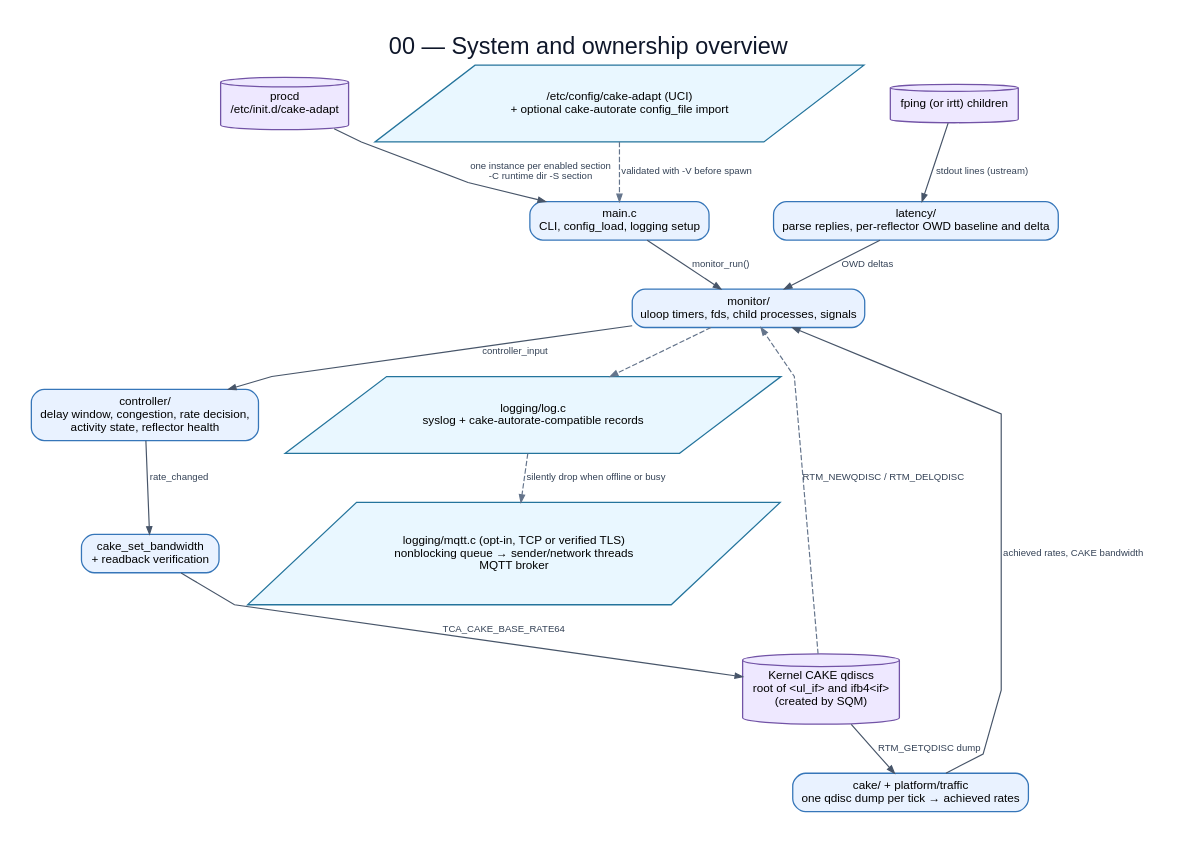
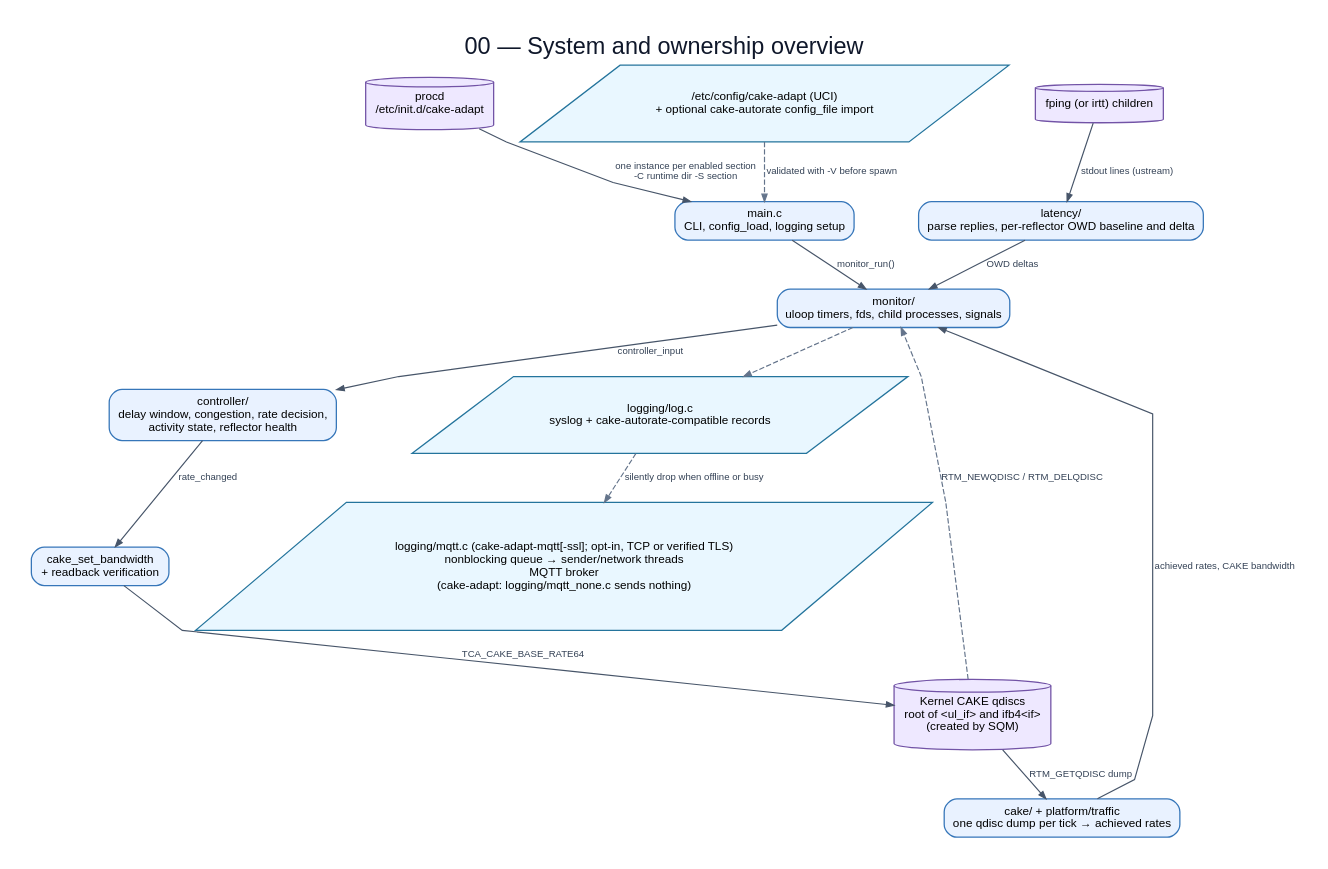
Before and after one commit to huydoan94/cake-adapt: the diagram in flowchart/diagrams/00-system-overview.dot, drawn with Graphviz. The commit also changed 10 other files, not shown here.

```diff
--- a/flowchart/diagrams/00-system-overview.dot
+++ b/flowchart/diagrams/00-system-overview.dot
@@ -1,30 +1,30 @@
 digraph G {
   graph [rankdir=TB,bgcolor="white",pad="0.30",nodesep="0.35",ranksep="0.48",splines=polyline,fontname="Arial",label="00 — System and ownership overview",labelloc=t,fontsize=22,fontcolor="#0f172a"];
   node [fontname="Arial",fontsize=11,margin="0.14,0.09",penwidth=1.2];
   edge [fontname="Arial",fontsize=9,color="#475569",fontcolor="#334155",arrowsize=0.7,penwidth=1.1];
   procd [label="procd\n/etc/init.d/cake-adapt",shape=cylinder,style="filled",fillcolor="#eee8ff",color="#7253a6"];
   uci [label="/etc/config/cake-adapt (UCI)\n+ optional cake-autorate config_file import",shape=parallelogram,style="filled",fillcolor="#e9f7ff",color="#24749c"];
   main [label="main.c\nCLI, config_load, logging setup",shape=box,style="rounded,filled",fillcolor="#e9f2ff",color="#3676b9"];
   loop [label="monitor/\nuloop timers, fds, child processes, signals",shape=box,style="rounded,filled",fillcolor="#e9f2ff",color="#3676b9"];
   pinger [label="fping (or irtt) children",shape=cylinder,style="filled",fillcolor="#eee8ff",color="#7253a6"];
   latency [label="latency/\nparse replies, per-reflector OWD baseline and delta",shape=box,style="rounded,filled",fillcolor="#e9f2ff",color="#3676b9"];
   observe [label="cake/ + platform/traffic\none qdisc dump per tick → achieved rates",shape=box,style="rounded,filled",fillcolor="#e9f2ff",color="#3676b9"];
   controller [label="controller/\ndelay window, congestion, rate decision,\nactivity state, reflector health",shape=box,style="rounded,filled",fillcolor="#e9f2ff",color="#3676b9"];
   apply [label="cake_set_bandwidth\n+ readback verification",shape=box,style="rounded,filled",fillcolor="#e9f2ff",color="#3676b9"];
   kernel [label="Kernel CAKE qdiscs\nroot of <ul_if> and ifb4<if>\n(created by SQM)",shape=cylinder,style="filled",fillcolor="#eee8ff",color="#7253a6"];
   log [label="logging/log.c\nsyslog + cake-autorate-compatible records",shape=parallelogram,style="filled",fillcolor="#e9f7ff",color="#24749c"];
-  mqtt [label="logging/mqtt.c (opt-in, TCP or verified TLS)\nnonblocking queue → sender/network threads\nMQTT broker",shape=parallelogram,style="filled",fillcolor="#e9f7ff",color="#24749c"];
+  mqtt [label="logging/mqtt.c (cake-adapt-mqtt[-ssl]; opt-in, TCP or verified TLS)\nnonblocking queue → sender/network threads\nMQTT broker\n(cake-adapt: logging/mqtt_none.c sends nothing)",shape=parallelogram,style="filled",fillcolor="#e9f7ff",color="#24749c"];
   procd -> main [label="one instance per enabled section\n-C runtime dir -S section"];
   uci -> main [label="validated with -V before spawn",style=dashed,color="#64748b"];
   main -> loop [label="monitor_run()"];
   pinger -> latency [label="stdout lines (ustream)"];
   latency -> loop [label="OWD deltas"];
   kernel -> observe [label="RTM_GETQDISC dump"];
   observe -> loop [label="achieved rates, CAKE bandwidth"];
   kernel -> loop [label="RTM_NEWQDISC / RTM_DELQDISC",style=dashed,color="#64748b"];
   loop -> controller [label="controller_input"];
   controller -> apply [label="rate_changed"];
   apply -> kernel [label="TCA_CAKE_BASE_RATE64"];
   loop -> log [style=dashed,color="#64748b"];
   log -> mqtt [label="silently drop when offline or busy",style=dashed,color="#64748b"];
 }
```
